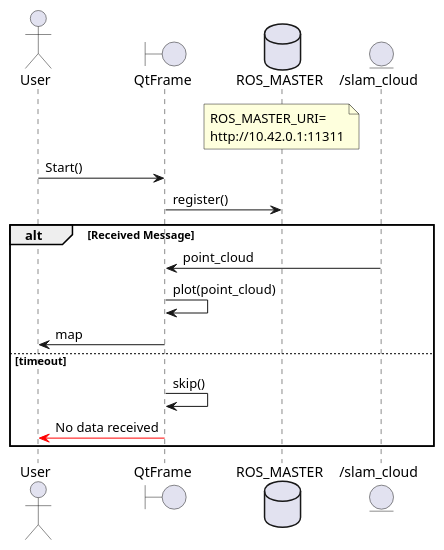
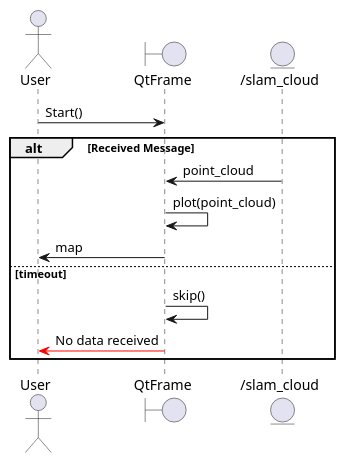
The diagram in docs/lidar_plot.iuml (PGE-SME-2021/PGE_Robot), drawn with PlantUML before and after one commit.

Commit message:
[UPDATE] lidar plot #43

```diff
--- a/docs/lidar_plot.iuml
+++ b/docs/lidar_plot.iuml
@@ -1,21 +1,15 @@
 @startuml
 actor User as user
 boundary QtFrame as qt_frame
-database ROS_MASTER as ros_master
-note over ros_master
-ROS_MASTER_URI=
-http://10.42.0.1:11311
-end note
+entity "/slam_cloud" as slam_cloud
 
 user -> qt_frame: Start()
-qt_frame -> ros_master: register()
-entity "/slam_cloud" as slam_cloud
 alt Received Message
 	slam_cloud -> qt_frame: point_cloud
 	qt_frame -> qt_frame: plot(point_cloud)
 	qt_frame -> user: map
 else timeout
 	qt_frame -> qt_frame: skip()
 	qt_frame -[#red]> user:  No data received
 end
 @enduml
```
